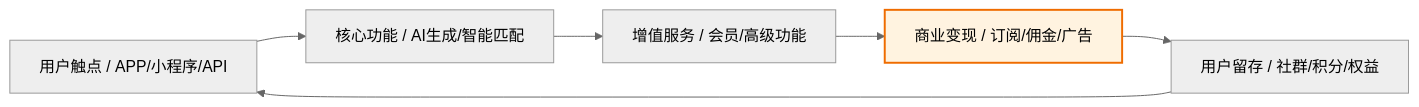
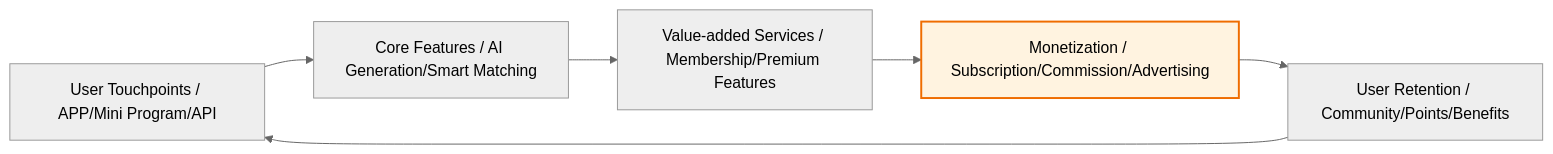
The fourth of 9 diagrams in templates/产品/战略层/【模板】商业需求文档.md (Kirky-X/cangjie), drawn with Mermaid (neutral theme) before and after one commit. The commit also changed other lines of this file and 60 other files, not shown here.

````diff
--- a/templates/产品/战略层/【模板】商业需求文档.md
+++ b/templates/产品/战略层/【模板】商业需求文档.md
@@ -196,9 +184,9 @@
 ```mermaid
 graph LR
-    A[用户触点 / APP/小程序/API] --> B[核心功能 / AI生成/智能匹配]
-    B --> C[增值服务 / 会员/高级功能]
-    C --> D[商业变现 / 订阅/佣金/广告]
-    D --> E[用户留存 / 社群/积分/权益]
+    A[User Touchpoints / APP/Mini Program/API] --> B[Core Features / AI Generation/Smart Matching]
+    B --> C[Value-added Services / Membership/Premium Features]
+    C --> D[Monetization / Subscription/Commission/Advertising]
+    D --> E[User Retention / Community/Points/Benefits]
     E --> A
     style D fill:#fff3e0,stroke:#ef6c00,stroke-width:2px
 ```
````
